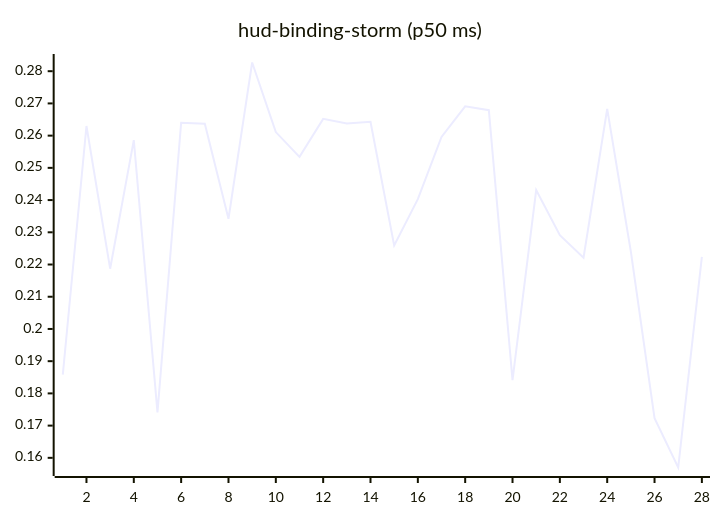
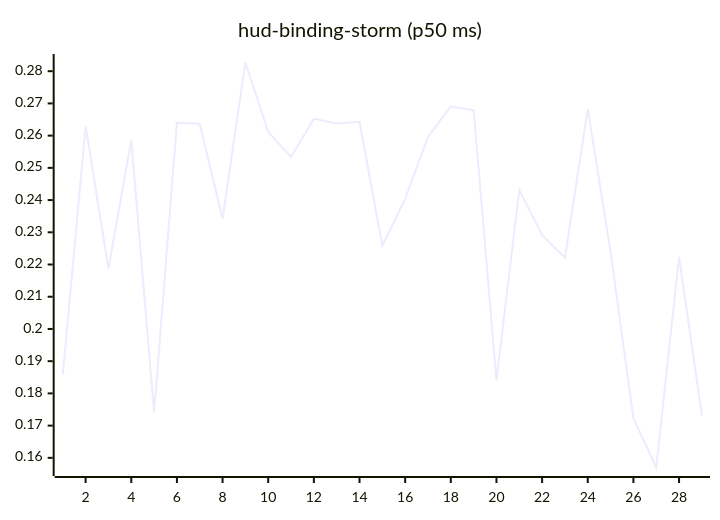
One commit to josha/Facet changed the tenth of 27 diagrams in README.md. Above: the diagram before and after it, drawn with Mermaid. The commit also changed other lines of this file and 2 other files, not shown here.

````diff
--- a/README.md
+++ b/README.md
@@ -126,6 +126,6 @@
 ```mermaid
 xychart-beta
     title "hud-binding-storm (p50 ms)"
-    x-axis 1 --> 28
-    line [0.1858, 0.2630, 0.2187, 0.2586, 0.1741, 0.2640, 0.2637, 0.2342, 0.2827, 0.2611, 0.2534, 0.2652, 0.2638, 0.2643, 0.2259, 0.2403, 0.2596, 0.2691, 0.2679, 0.1841, 0.2431, 0.2291, 0.2221, 0.2683, 0.2240, 0.1723, 0.1570, 0.2224]
+    x-axis 1 --> 29
+    line [0.1858, 0.2630, 0.2187, 0.2586, 0.1741, 0.2640, 0.2637, 0.2342, 0.2827, 0.2611, 0.2534, 0.2652, 0.2638, 0.2643, 0.2259, 0.2403, 0.2596, 0.2691, 0.2679, 0.1841, 0.2431, 0.2291, 0.2221, 0.2683, 0.2240, 0.1723, 0.1570, 0.2224, 0.1732]
 ```
````
